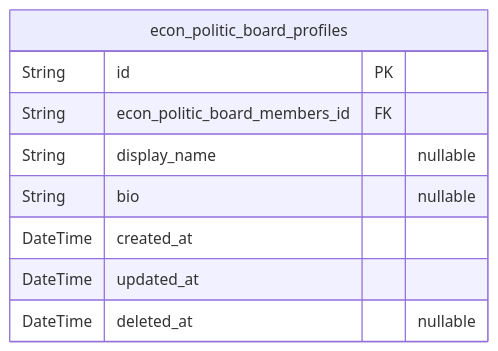
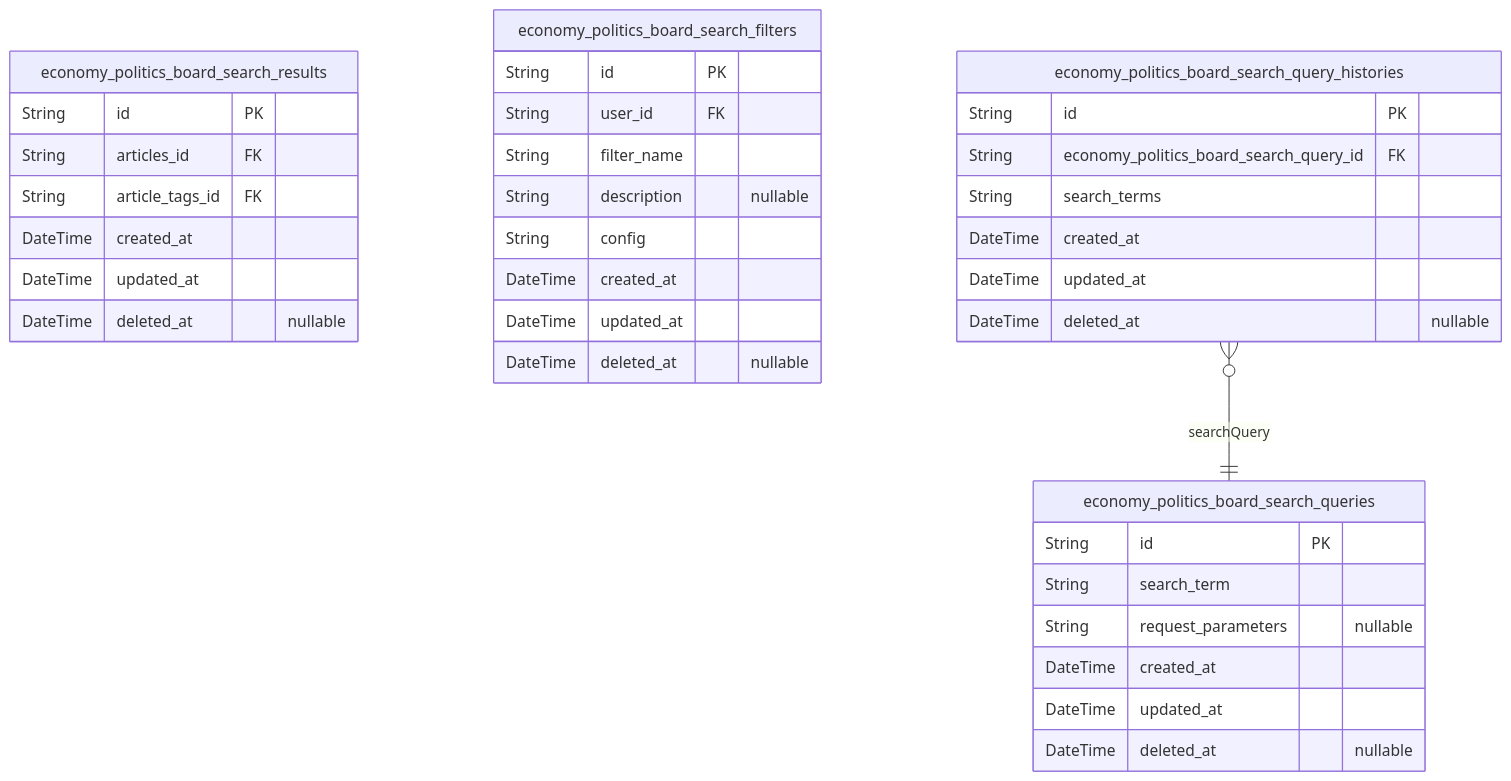
One commit to wrtnlabs/autobe-examples changed the sixth of 6 diagrams in qwen/qwen3-30b-a3b-thinking-2507/bbs/docs/ERD.md. Above: the diagram before and after it, drawn with Mermaid. The commit also changed other lines of this file and 11104 other files, not shown here.

````diff
--- a/qwen/qwen3-30b-a3b-thinking-2507/bbs/docs/ERD.md
+++ b/qwen/qwen3-30b-a3b-thinking-2507/bbs/docs/ERD.md
@@ -620,12 +696,38 @@
 ```mermaid
 erDiagram
-"econ_politic_board_profiles" {
+"economy_politics_board_search_queries" {
   String id PK
-  String econ_politic_board_members_id FK
-  String display_name "nullable"
-  String bio "nullable"
+  String search_term
+  String request_parameters "nullable"
   DateTime created_at
   DateTime updated_at
   DateTime deleted_at "nullable"
 }
+"economy_politics_board_search_results" {
+  String id PK
+  String articles_id FK
+  String article_tags_id FK
+  DateTime created_at
+  DateTime updated_at
+  DateTime deleted_at "nullable"
+}
+"economy_politics_board_search_filters" {
+  String id PK
+  String user_id FK
+  String filter_name
+  String description "nullable"
+  String config
+  DateTime created_at
+  DateTime updated_at
+  DateTime deleted_at "nullable"
+}
+"economy_politics_board_search_query_histories" {
+  String id PK
+  String economy_politics_board_search_query_id FK
+  String search_terms
+  DateTime created_at
+  DateTime updated_at
+  DateTime deleted_at "nullable"
+}
+"economy_politics_board_search_query_histories" }o--|| "economy_politics_board_search_queries" : searchQuery
 ```
````
